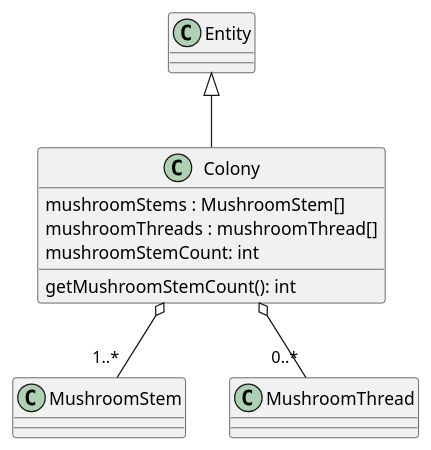
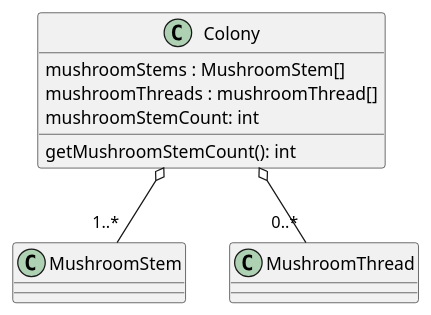
The diagram in 3/classes/colony.puml (Petya-G/fungorium), drawn with PlantUML before and after one commit. The commit also changed 2 other files, not shown here.

Commit message:
#make Entity know it's containing tecton

```diff
--- a/3/classes/colony.puml
+++ b/3/classes/colony.puml
@@ -1,12 +1,12 @@
 @startuml colony
 
-Entity <|-- Colony
+'Entity <|-- Colony
 Colony o-- "1..*" MushroomStem
 Colony o-- "0..*" MushroomThread
 class Colony{
     mushroomStems : MushroomStem[]
     mushroomThreads : mushroomThread[]
     mushroomStemCount: int
     getMushroomStemCount(): int
 }
 @enduml
```
